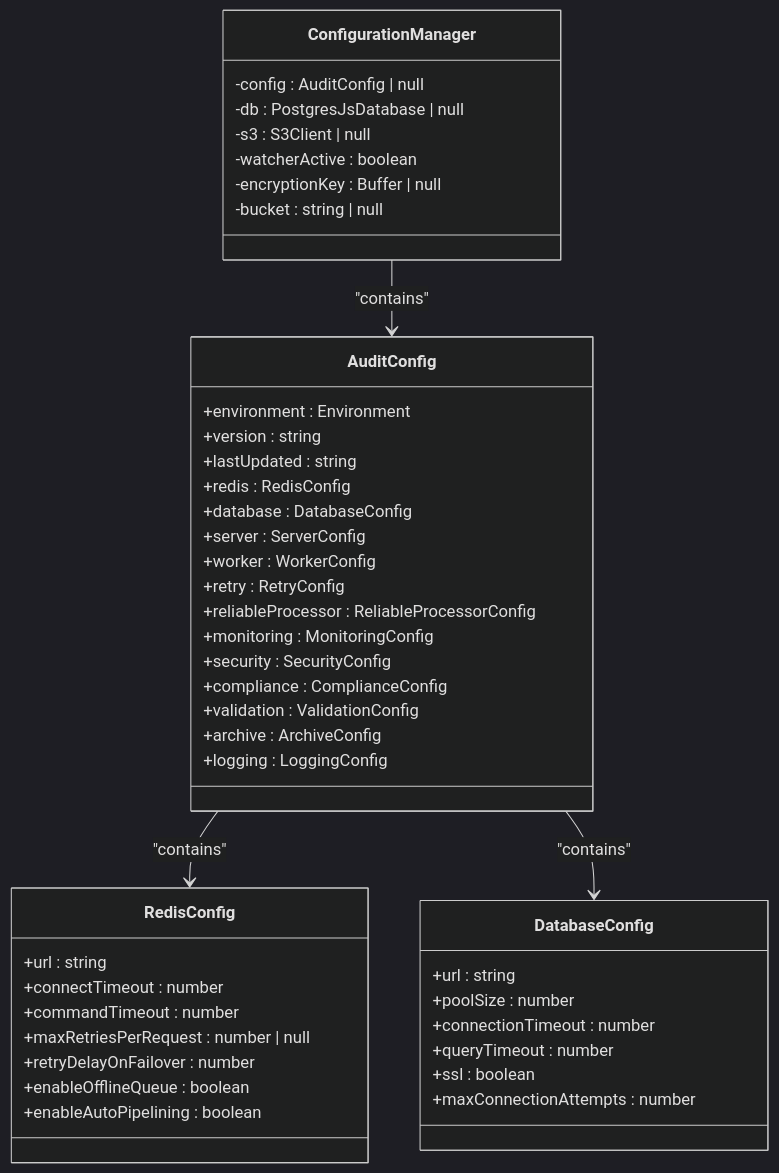
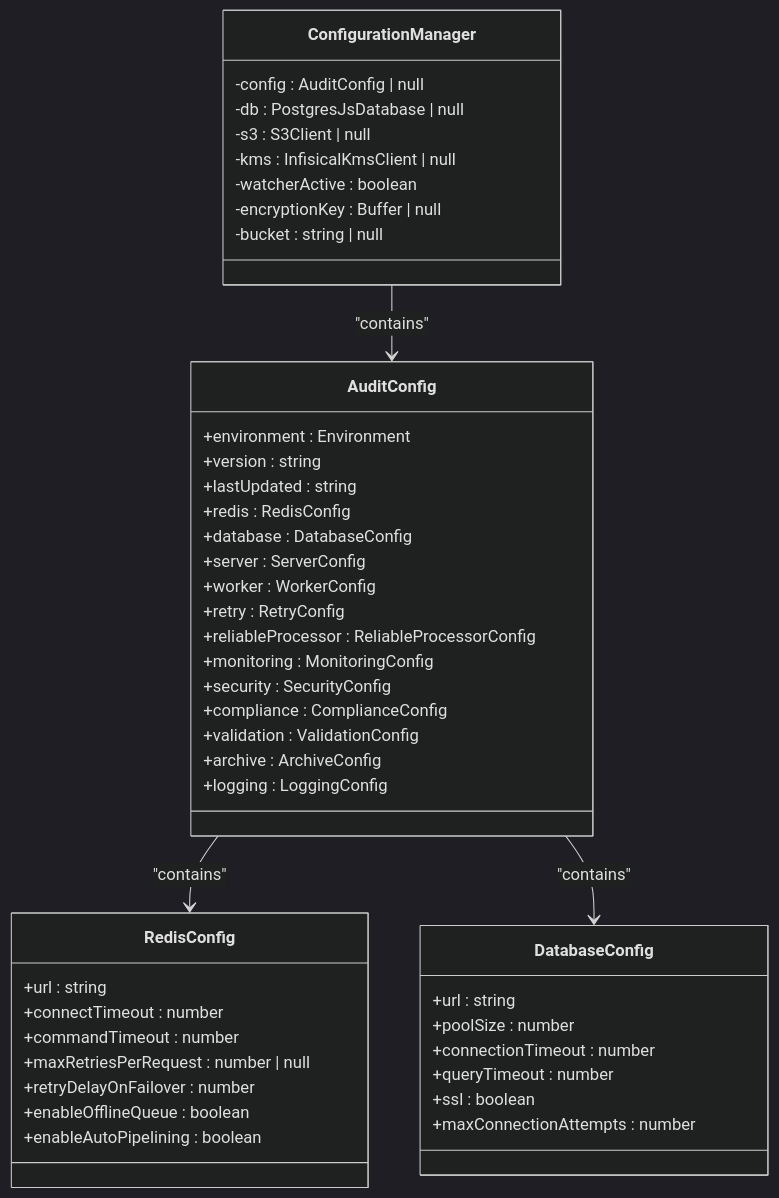
One commit to smedrec/smart-logs changed the third of 8 diagrams in .qoder/repowiki/en/content/Audit Core System/Configuration Management/Config Manager Implementation.md. Above: the diagram before and after it, drawn with Mermaid (dark theme). The commit also changed other lines of this file and 21 other files, not shown here.

````diff
--- a/.qoder/repowiki/en/content/Audit Core System/Configuration Management/Config Manager Implementation.md
+++ b/.qoder/repowiki/en/content/Audit Core System/Configuration Management/Config Manager Implementation.md
@@ -249,48 +267,49 @@
 ```mermaid
 classDiagram
 class ConfigurationManager {
 -config : AuditConfig | null
 -db : PostgresJsDatabase | null
 -s3 : S3Client | null
+-kms : InfisicalKmsClient | null
 -watcherActive : boolean
 -encryptionKey : Buffer | null
 -bucket : string | null
 }
 class AuditConfig {
 +environment : Environment
 +version : string
 +lastUpdated : string
 +redis : RedisConfig
 +database : DatabaseConfig
 +server : ServerConfig
 +worker : WorkerConfig
 +retry : RetryConfig
 +reliableProcessor : ReliableProcessorConfig
 +monitoring : MonitoringConfig
 +security : SecurityConfig
 +compliance : ComplianceConfig
 +validation : ValidationConfig
 +archive : ArchiveConfig
 +logging : LoggingConfig
 }
 class RedisConfig {
 +url : string
 +connectTimeout : number
 +commandTimeout : number
 +maxRetriesPerRequest : number | null
 +retryDelayOnFailover : number
 +enableOfflineQueue : boolean
 +enableAutoPipelining : boolean
 }
 class DatabaseConfig {
 +url : string
 +poolSize : number
 +connectionTimeout : number
 +queryTimeout : number
 +ssl : boolean
 +maxConnectionAttempts : number
 }
 ConfigurationManager --> AuditConfig : "contains"
 AuditConfig --> RedisConfig : "contains"
 AuditConfig --> DatabaseConfig : "contains"
 ```
````
